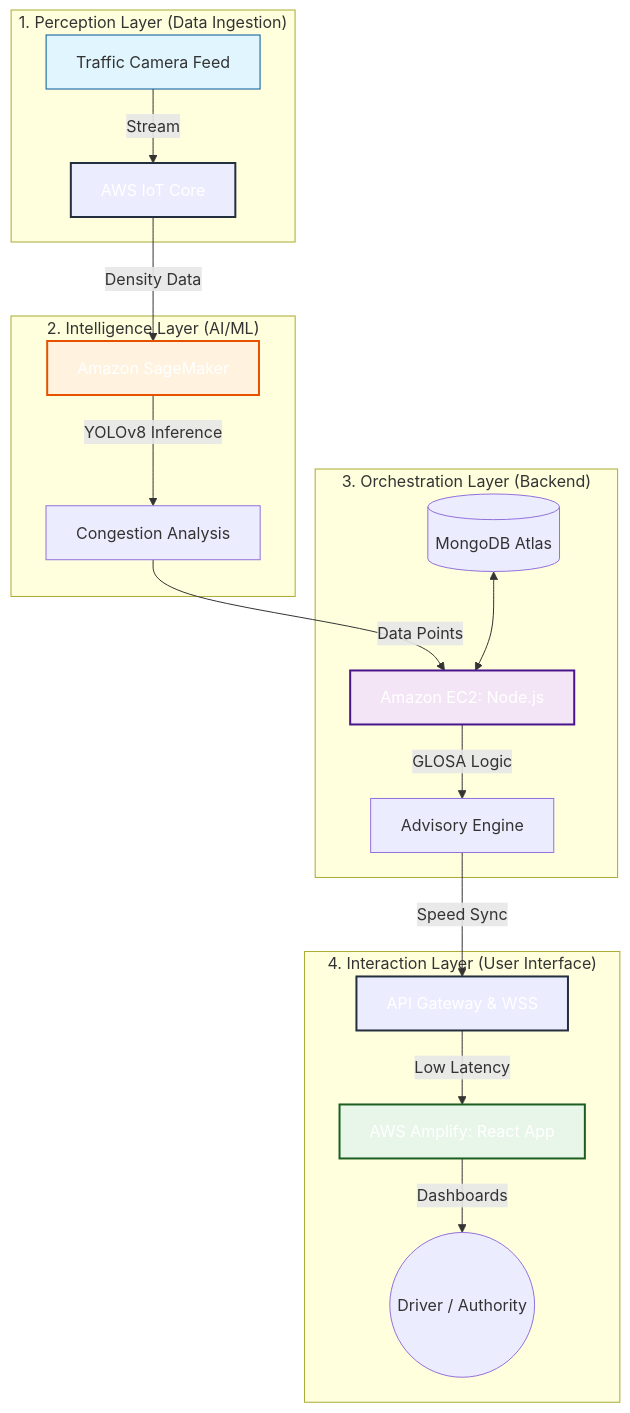
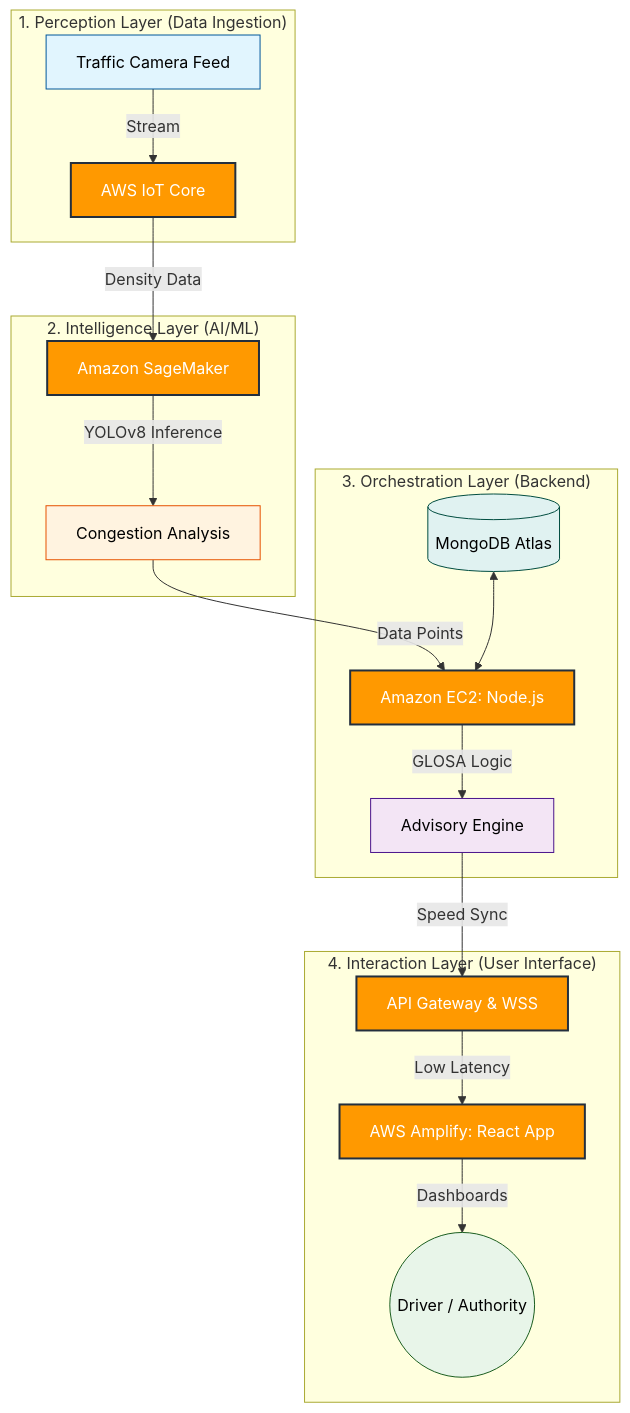
The diagram in README.md (sohansarkar07/GLOSA-BHARAT-2.0), drawn with Mermaid before and after one commit.

Commit message:
fix: improve font visibility and contrast in system architecture diagram

````diff
--- a/README.md
+++ b/README.md
@@ -26,31 +26,32 @@
 ```mermaid
 graph TD
     subgraph Perception_Layer ["1. Perception Layer (Data Ingestion)"]
         TC[Traffic Camera Feed] -- Stream --> IoT[AWS IoT Core]
-        style TC fill:#E1F5FE,stroke:#01579B
+        style TC fill:#E1F5FE,stroke:#01579B,color:#000
     end
 
     subgraph Intelligence_Layer ["2. Intelligence Layer (AI/ML)"]
         IoT -- Density Data --> SM[Amazon SageMaker]
         SM -- YOLOv8 Inference --> AD[Congestion Analysis]
-        style SM fill:#FFF3E0,stroke:#E65100
+        style AD fill:#FFF3E0,stroke:#E65100,color:#000
     end
 
     subgraph Orchestration_Layer ["3. Orchestration Layer (Backend)"]
         AD -- Data Points --> EC2[Amazon EC2: Node.js]
         EC2 -- GLOSA Logic --> GE[Advisory Engine]
         DB[(MongoDB Atlas)] <--> EC2
-        style EC2 fill:#F3E5F5,stroke:#4A148C
+        style GE fill:#F3E5F5,stroke:#4A148C,color:#000
+        style DB fill:#E0F2F1,stroke:#004D40,color:#000
     end
 
     subgraph Interaction_Layer ["4. Interaction Layer (User Interface)"]
         GE -- Speed Sync --> AG[API Gateway & WSS]
         AG -- Low Latency --> AM[AWS Amplify: React App]
         AM -- Dashboards --> User((Driver / Authority))
-        style AM fill:#E8F5E9,stroke:#1B5E20
+        style User fill:#E8F5E9,stroke:#1B5E20,color:#000
     end
 
-    %% Styling
-    classDef aws service fill:#FF9900,stroke:#232F3E,color:white,stroke-width:2px;
+    %% Styling for AWS Services (High Visibility)
+    classDef aws fill:#FF9900,stroke:#232F3E,color:#fff,stroke-width:2px;
     class IoT,SM,EC2,AG,AM aws;
 ```
````
